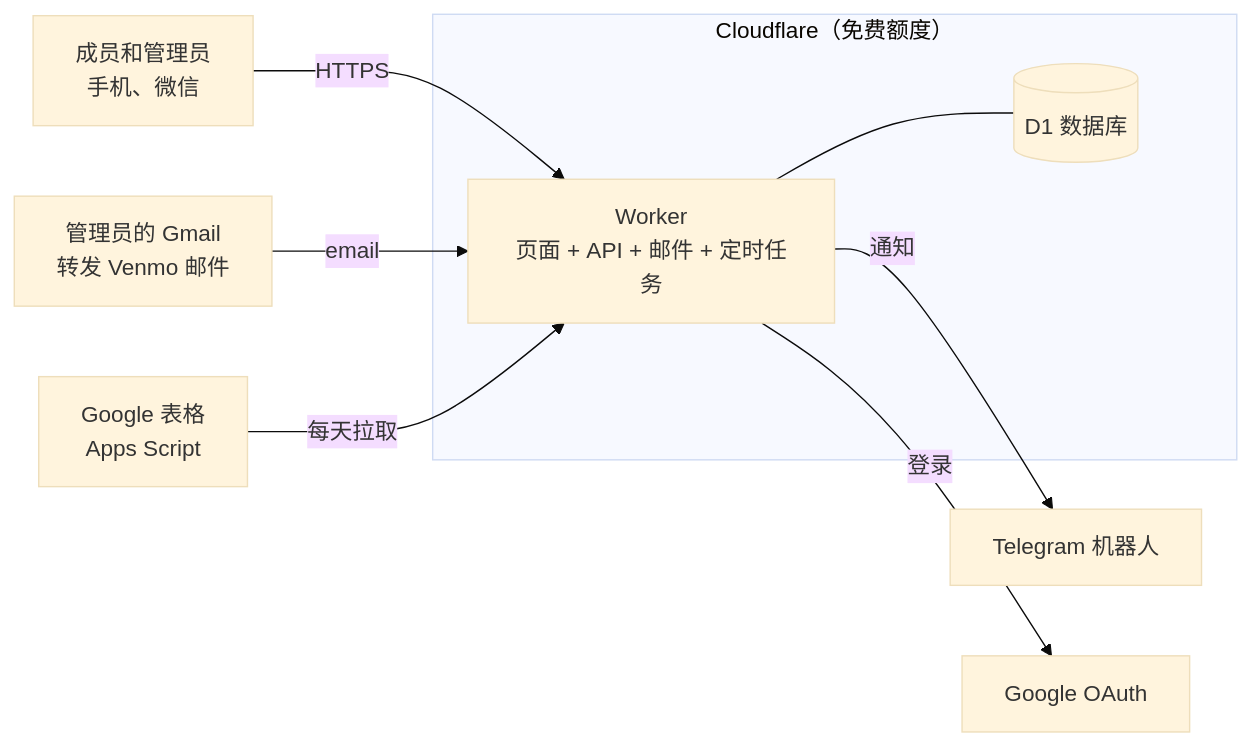
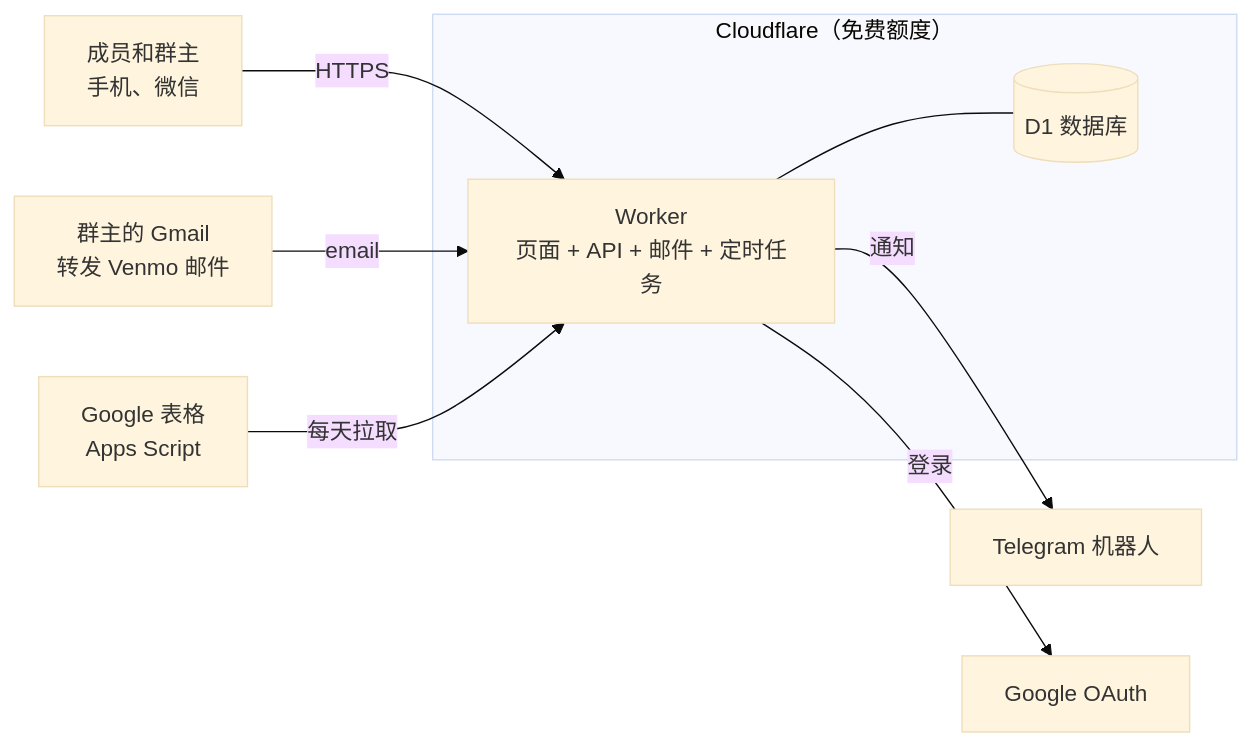
The diagram in README.md (likefudan/jaysbadminton), drawn with Mermaid (base theme) before and after one commit. The commit also changed other lines of this file and 38 other files, not shown here.

````diff
--- a/README.md
+++ b/README.md
@@ -99,13 +99,13 @@
 ```mermaid
 flowchart LR
-  P["成员和管理员<br/>手机、微信"] -- HTTPS --> W
-  G["管理员的 Gmail<br/>转发 Venmo 邮件"] -- email --> W
+  P["成员和群主<br/>手机、微信"] -- HTTPS --> W
+  G["群主的 Gmail<br/>转发 Venmo 邮件"] -- email --> W
   subgraph CF["Cloudflare（免费额度）"]
     W["Worker<br/>页面 + API + 邮件 + 定时任务"]
     D1[("D1 数据库")]
     W --- D1
   end
   W -- 通知 --> T["Telegram 机器人"]
   W -- 登录 --> GO["Google OAuth"]
   S["Google 表格<br/>Apps Script"] -- 每天拉取 --> W
 ```
````
